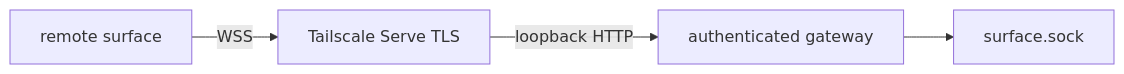
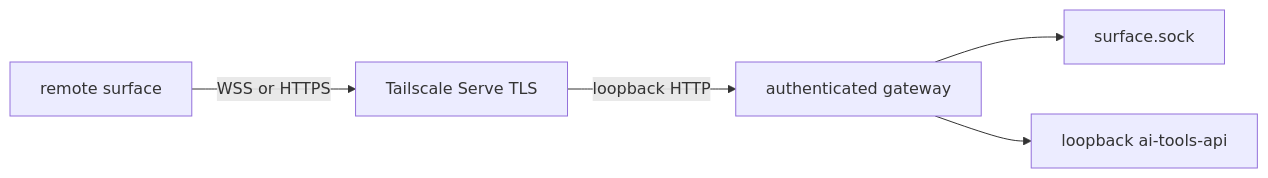
One commit to alexjercan/scufris2 changed the third of 3 diagrams in docs/src/guide/installation.md. Above: the diagram before and after it, drawn with Mermaid. The commit also changed other lines of this file and 18 other files, not shown here.

````diff
--- a/docs/src/guide/installation.md
+++ b/docs/src/guide/installation.md
@@ -187,6 +187,7 @@
 ```mermaid
 flowchart LR
-    Remote[remote surface] -->|WSS| Tailscale[Tailscale Serve TLS]
+    Remote[remote surface] -->|WSS or HTTPS| Tailscale[Tailscale Serve TLS]
     Tailscale -->|loopback HTTP| Gateway[authenticated gateway]
     Gateway --> Socket[surface.sock]
+    Gateway --> Inference[loopback ai-tools-api]
 ```
````
